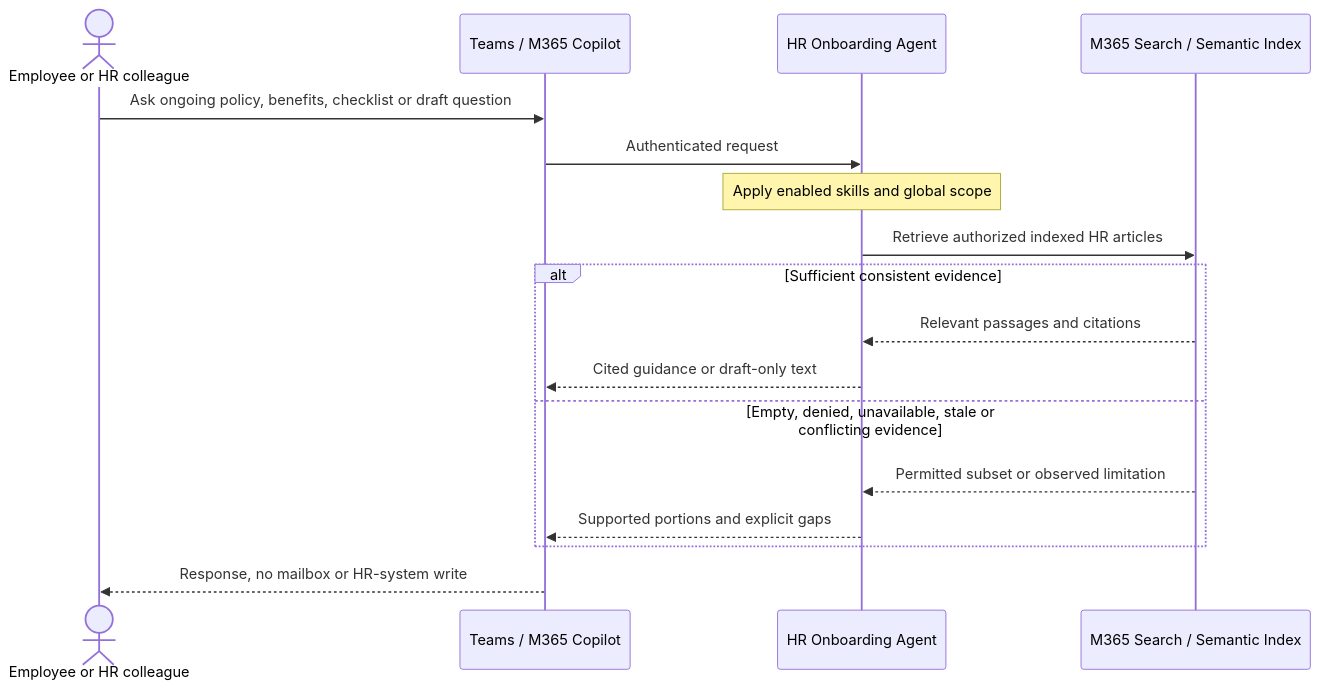
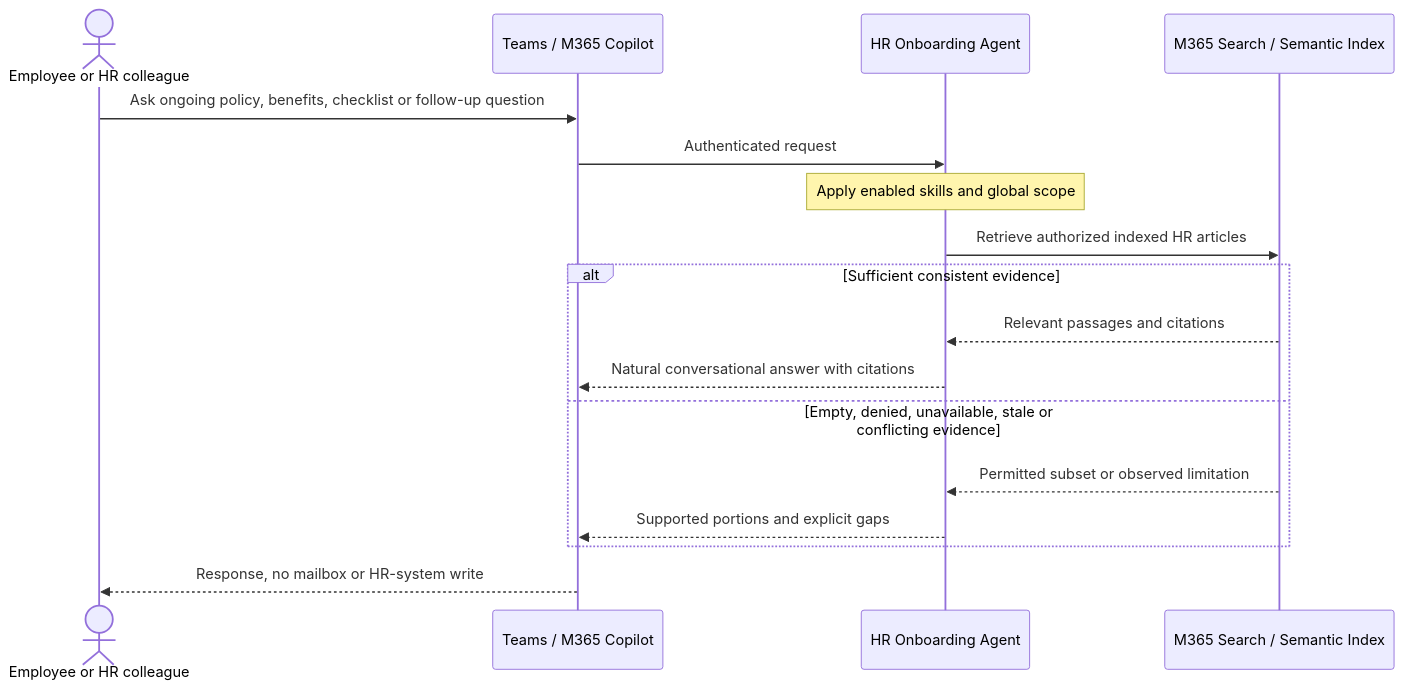
One commit to petepuu/ai-agent-runbooks changed the second of 3 diagrams in 01-scenarios/HR-Onboarding-Agent-GHCP/2.Architecture.md. Above: the diagram before and after it, drawn with Mermaid. The commit also changed other lines of this file and 9 other files, not shown here.

````diff
--- a/01-scenarios/HR-Onboarding-Agent-GHCP/2.Architecture.md
+++ b/01-scenarios/HR-Onboarding-Agent-GHCP/2.Architecture.md
@@ -109,19 +109,19 @@
 ```mermaid
 sequenceDiagram
     actor User as Employee or HR colleague
     participant Channel as Teams / M365 Copilot
     participant Agent as HR Onboarding Agent
     participant KB as M365 Search / Semantic Index
-    User->>Channel: Ask ongoing policy, benefits, checklist or draft question
+    User->>Channel: Ask ongoing policy, benefits, checklist or follow-up question
     Channel->>Agent: Authenticated request
     Note over Agent: Apply enabled skills and global scope
     Agent->>KB: Retrieve authorized indexed HR articles
     alt Sufficient consistent evidence
         KB-->>Agent: Relevant passages and citations
-        Agent-->>Channel: Cited guidance or draft-only text
+        Agent-->>Channel: Natural conversational answer with citations
     else Empty, denied, unavailable, stale or conflicting evidence
         KB-->>Agent: Permitted subset or observed limitation
         Agent-->>Channel: Supported portions and explicit gaps
     end
     Channel-->>User: Response, no mailbox or HR-system write
 ```
````
